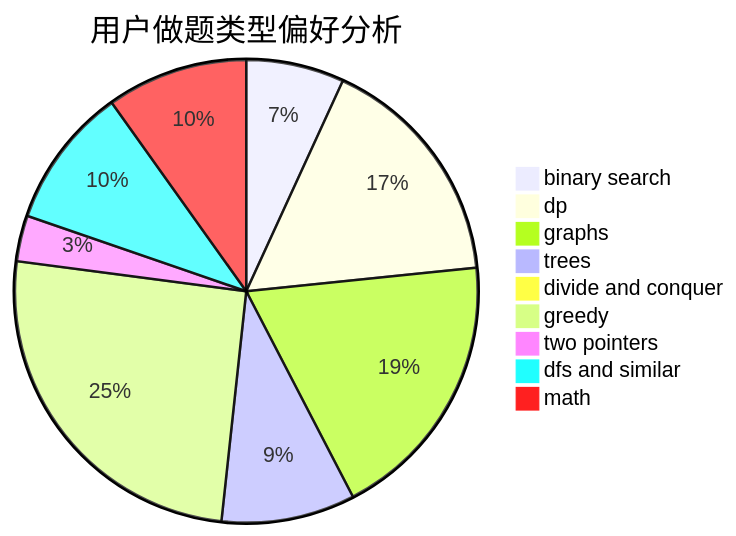
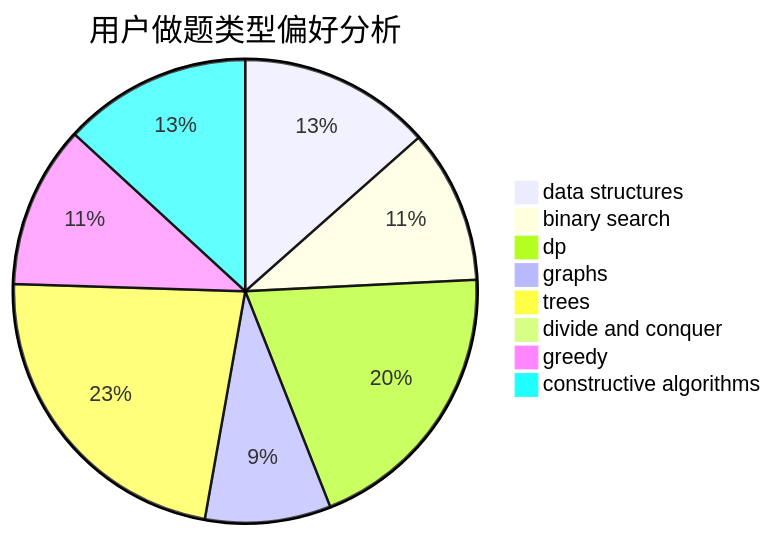
One commit to sherpahu/cfrs.github.io changed the second of 3 diagrams in docs/user/u1013.md. Above: the diagram before and after it, drawn with Mermaid. The commit also changed other lines of this file and 2775 other files, not shown here.

````diff
--- a/docs/user/u1013.md
+++ b/docs/user/u1013.md
@@ -23,12 +23,11 @@
 ```mermaid
 pie title 用户做题类型偏好分析
-    "binary search" :  182
-    "dp" :  439
-    "graphs" :  505
-    "trees" :  248
+    "data structures" :  89
+    "binary search" :  71
+    "dp" :  131
+    "graphs" :  58
+    "trees" :  150
     "divide and conquer" :  0
-    "greedy" :  674
-    "two pointers" :  85
-    "dfs and similar" :  262
-    "math" :  262
+    "greedy" :  75
+    "constructive algorithms" :  87
 ```
````
